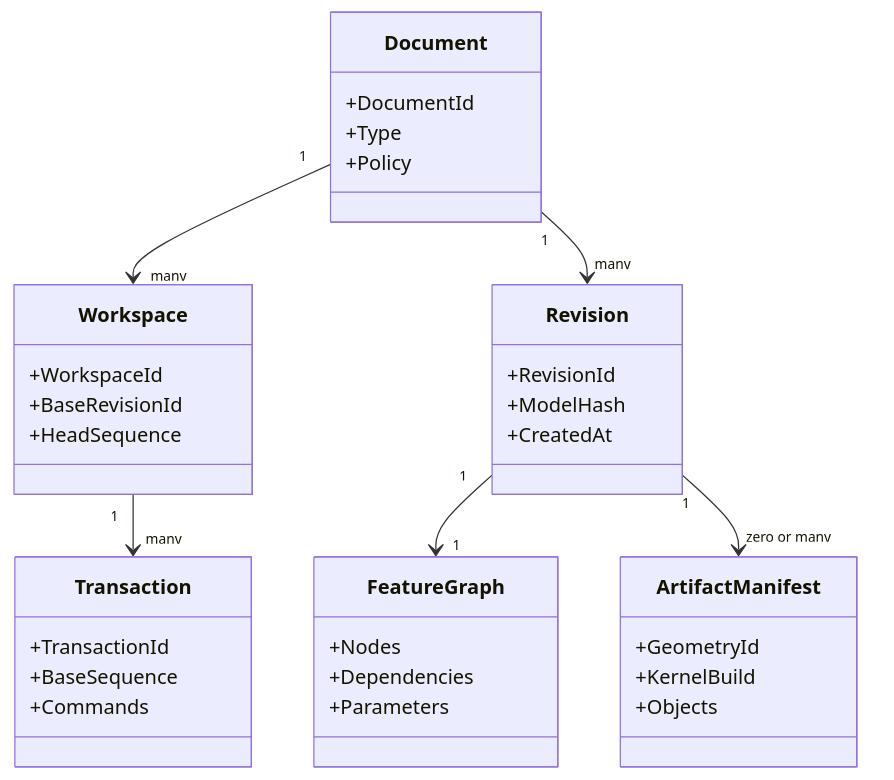
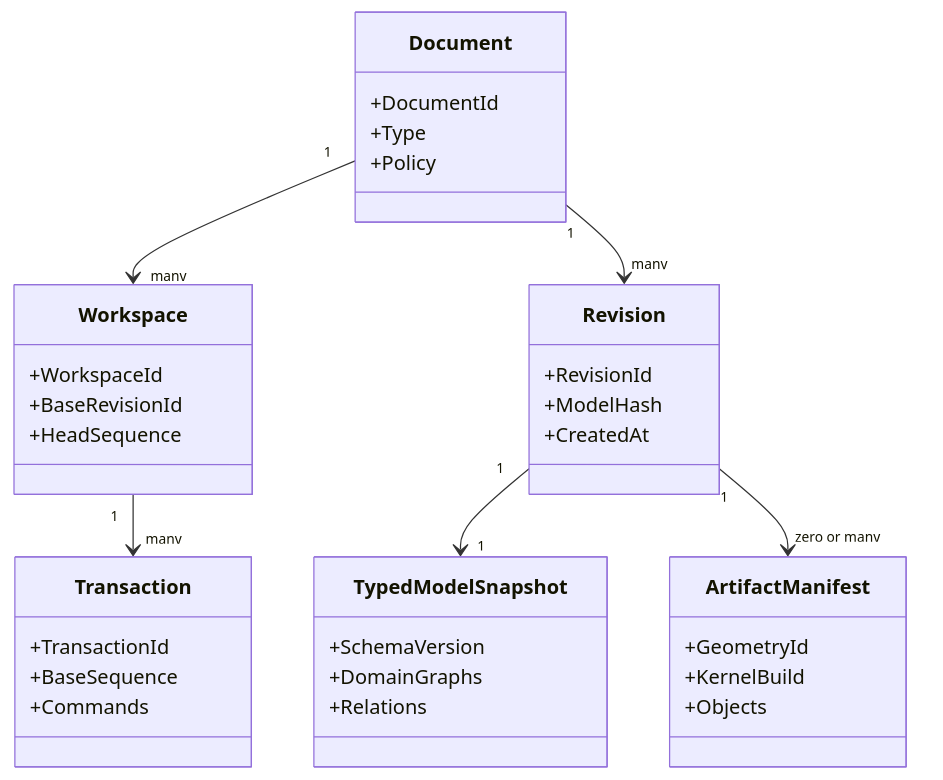
Before and after one commit to cossoledad/occccad: the fourth of 49 diagrams in docs/TARGET_ARCHITECTURE.md, drawn with Mermaid. The commit also changed other lines of this file and 2 other files, not shown here.

````diff
--- a/docs/TARGET_ARCHITECTURE.md
+++ b/docs/TARGET_ARCHITECTURE.md
@@ -110,38 +238,38 @@
 ```mermaid
 classDiagram
     class Document {
       +DocumentId
       +Type
       +Policy
     }
     class Workspace {
       +WorkspaceId
       +BaseRevisionId
       +HeadSequence
     }
     class Revision {
       +RevisionId
       +ModelHash
       +CreatedAt
     }
     class Transaction {
       +TransactionId
       +BaseSequence
       +Commands
     }
-    class FeatureGraph {
-      +Nodes
-      +Dependencies
-      +Parameters
+    class TypedModelSnapshot {
+      +SchemaVersion
+      +DomainGraphs
+      +Relations
     }
     class ArtifactManifest {
       +GeometryId
       +KernelBuild
       +Objects
     }
     Document "1" --> "many" Workspace
     Document "1" --> "many" Revision
     Workspace "1" --> "many" Transaction
-    Revision "1" --> "1" FeatureGraph
+    Revision "1" --> "1" TypedModelSnapshot
     Revision "1" --> "zero or many" ArtifactManifest
 ```
````
